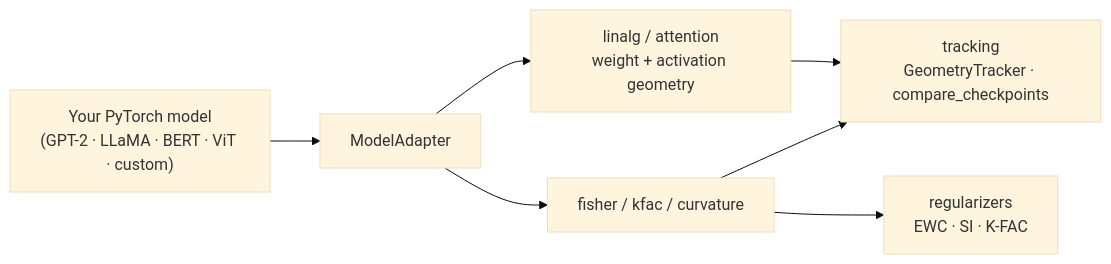
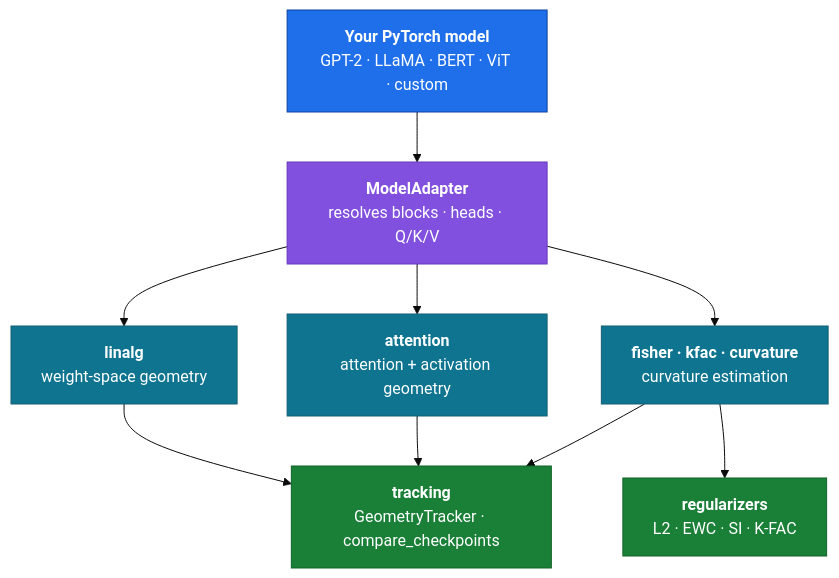
The diagram in README.md (Siddhesh290307/modelgeometry), drawn with Mermaid (base theme) before and after one commit. The commit also changed other lines of this file, not shown here.

````diff
--- a/README.md
+++ b/README.md
@@ -48,9 +81,21 @@
 ```mermaid
-flowchart LR
-    M["Your PyTorch model<br/>(GPT-2 · LLaMA · BERT · ViT · custom)"] --> A["ModelAdapter"]
-    A --> L["linalg / attention<br/>weight + activation geometry"]
-    A --> F["fisher / kfac / curvature"]
-    F --> R["regularizers<br/>EWC · SI · K-FAC"]
-    L --> T["tracking<br/>GeometryTracker · compare_checkpoints"]
-    F --> T
+flowchart TD
+    M["<b>Your PyTorch model</b><br/>GPT-2 · LLaMA · BERT · ViT · custom"]
+    M --> A["<b>ModelAdapter</b><br/>resolves blocks · heads · Q/K/V"]
+    A --> B1["<b>linalg</b><br/>weight-space geometry"]
+    A --> B2["<b>attention</b><br/>attention + activation geometry"]
+    A --> B3["<b>fisher · kfac · curvature</b><br/>curvature estimation"]
+    B3 --> C1["<b>regularizers</b><br/>L2 · EWC · SI · K-FAC"]
+    B1 --> C2["<b>tracking</b><br/>GeometryTracker · compare_checkpoints"]
+    B2 --> C2
+    B3 --> C2
+
+    classDef model fill:#1f6feb,stroke:#0d419d,color:#ffffff
+    classDef core fill:#8250df,stroke:#6639ba,color:#ffffff
+    classDef metric fill:#0e7490,stroke:#155e75,color:#ffffff
+    classDef out fill:#1a7f37,stroke:#116329,color:#ffffff
+    class M model
+    class A core
+    class B1,B2,B3 metric
+    class C1,C2 out
 ```
````
